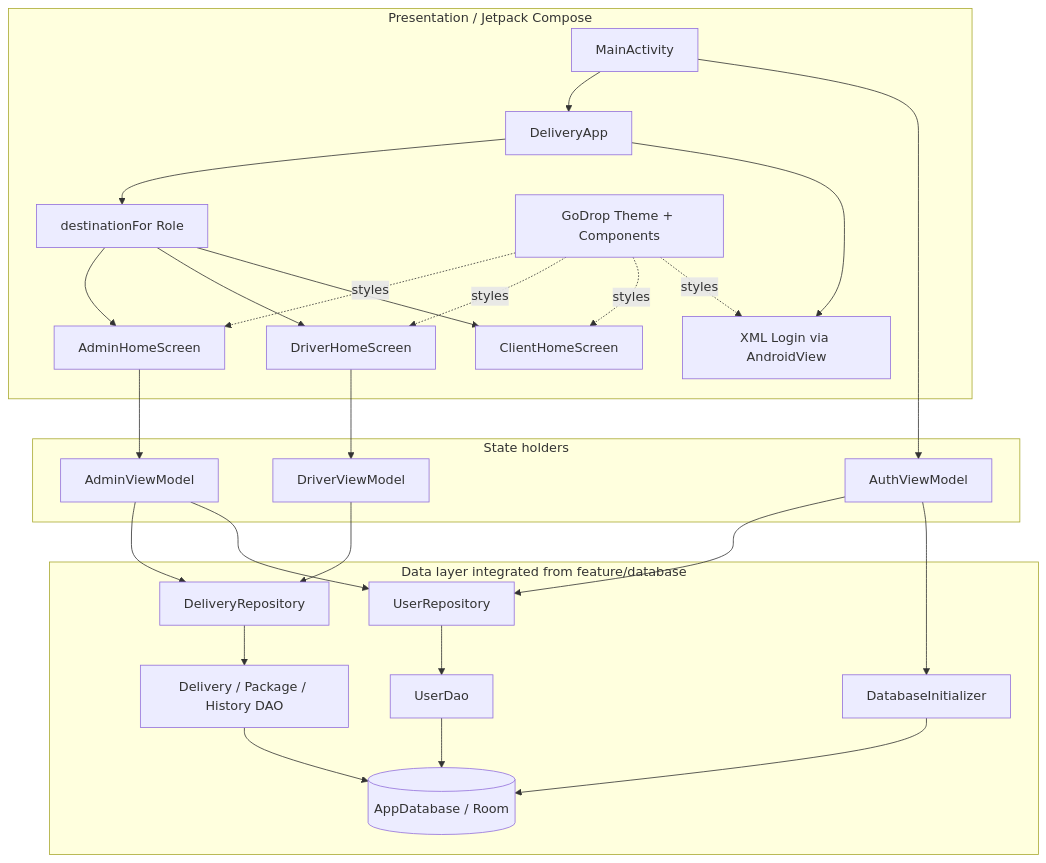
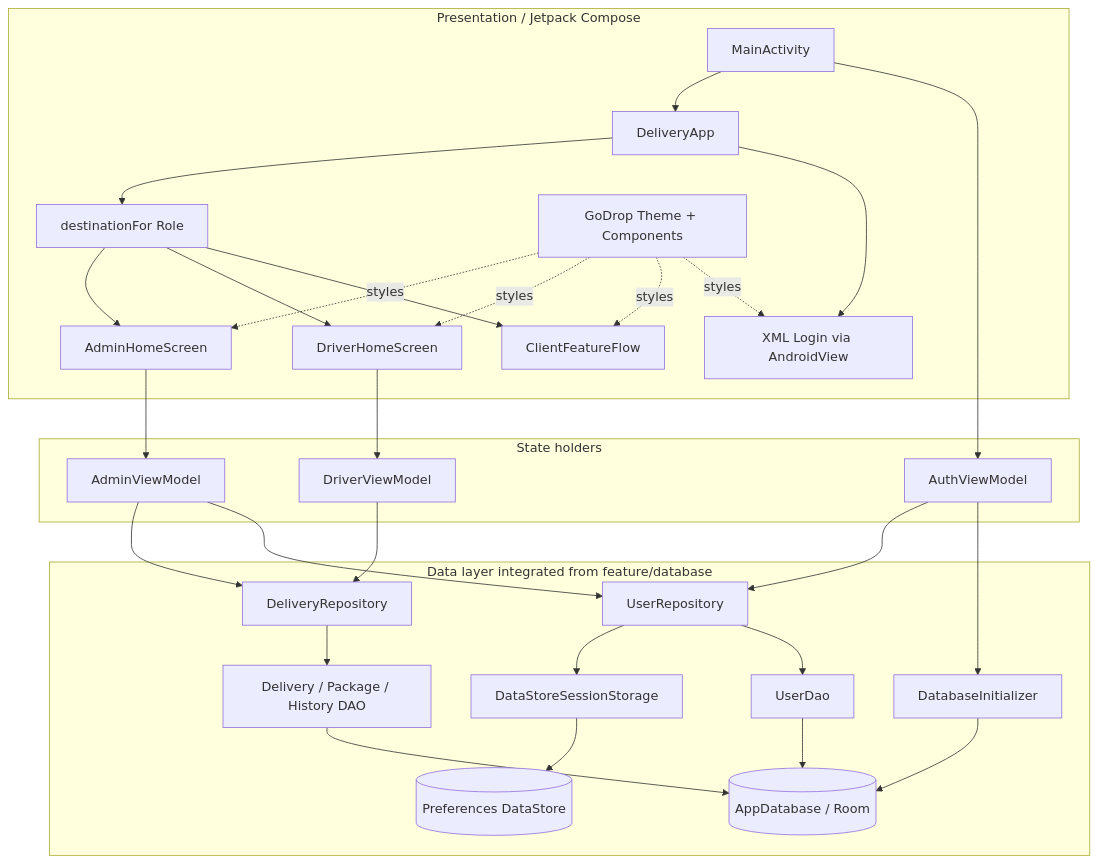
The diagram in Extra/Diagrams/Architecture/Architecture-Auth-Navigation.md (NguyenTanHiep07/MOB402-Nhom10-Android_08), drawn with Mermaid before and after one commit. The commit also changed other lines of this file and 16 other files, not shown here.

````diff
--- a/Extra/Diagrams/Architecture/Architecture-Auth-Navigation.md
+++ b/Extra/Diagrams/Architecture/Architecture-Auth-Navigation.md
@@ -3,53 +3,57 @@
 ```mermaid
 flowchart TB
     subgraph Presentation[Presentation / Jetpack Compose]
         MAIN[MainActivity]
         APP[DeliveryApp]
         LOGIN[XML Login via AndroidView]
         NAV[destinationFor Role]
-        CLIENT[ClientHomeScreen]
+        CLIENT[ClientFeatureFlow]
         DRIVER[DriverHomeScreen]
         ADMIN[AdminHomeScreen]
         DESIGN[GoDrop Theme + Components]
     end
 
     subgraph State[State holders]
         AUTHVM[AuthViewModel]
         ADMINVM[AdminViewModel]
         DRIVERVM[DriverViewModel]
     end
 
     subgraph Data[Data layer integrated from feature/database]
         INIT[DatabaseInitializer]
         USERREPO[UserRepository]
+        SESSION[DataStoreSessionStorage]
         DELIVERYREPO[DeliveryRepository]
         USERDAO[UserDao]
         OTHERDAO[Delivery / Package / History DAO]
         ROOM[(AppDatabase / Room)]
+        DATASTORE[(Preferences DataStore)]
     end
 
     MAIN --> AUTHVM
     MAIN --> APP
     APP --> LOGIN
     APP --> NAV
     NAV --> CLIENT
     NAV --> DRIVER
     NAV --> ADMIN
     DESIGN -.styles.-> LOGIN
     DESIGN -.styles.-> CLIENT
     DESIGN -.styles.-> DRIVER
     DESIGN -.styles.-> ADMIN
 
     AUTHVM --> INIT
     AUTHVM --> USERREPO
     ADMIN --> ADMINVM
     DRIVER --> DRIVERVM
     ADMINVM --> USERREPO
     ADMINVM --> DELIVERYREPO
     DRIVERVM --> DELIVERYREPO
     USERREPO --> USERDAO
+    USERREPO --> SESSION
     DELIVERYREPO --> OTHERDAO
     USERDAO --> ROOM
+    SESSION --> DATASTORE
     OTHERDAO --> ROOM
     INIT --> ROOM
 ```
````
